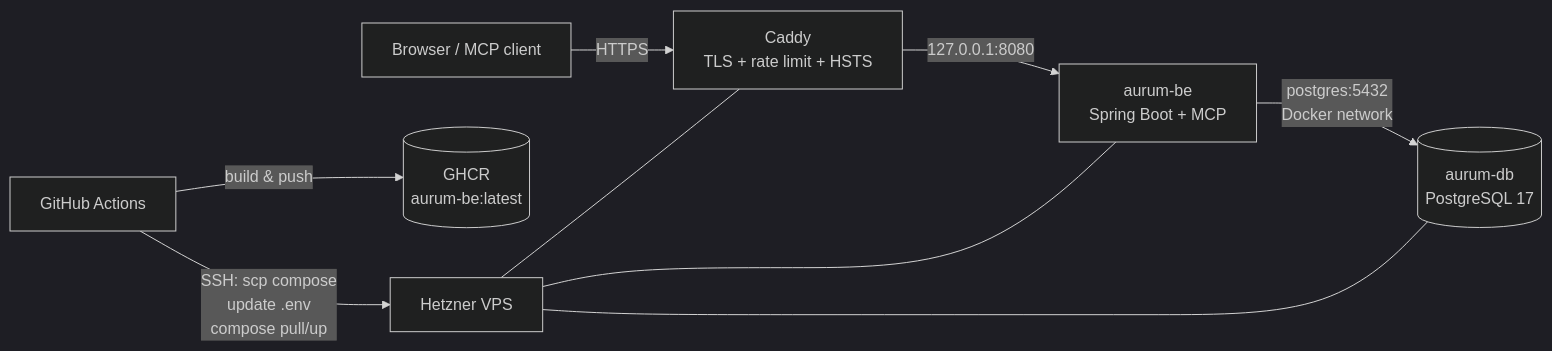
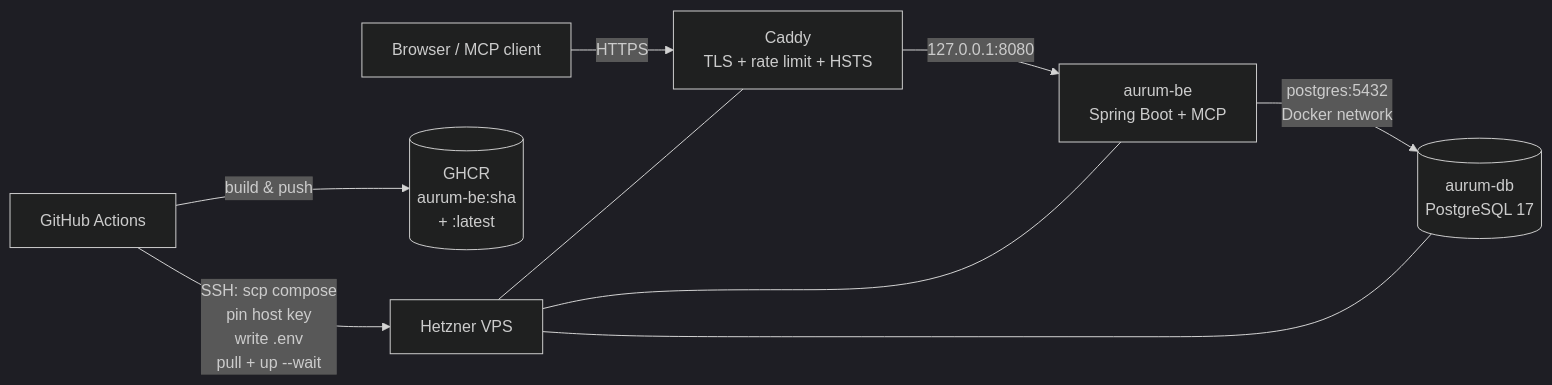
The diagram in docs/operations.md (Mxo01/Aurum), drawn with Mermaid (dark theme) before and after one commit. The commit also changed other lines of this file and 4 other files, not shown here.

````diff
--- a/docs/operations.md
+++ b/docs/operations.md
@@ -9,11 +9,11 @@
 ```mermaid
 flowchart LR
     U[Browser / MCP client] -->|HTTPS| C[Caddy<br/>TLS + rate limit + HSTS]
     C -->|127.0.0.1:8080| B[aurum-be<br/>Spring Boot + MCP]
     B -->|postgres:5432<br/>Docker network| D[(aurum-db<br/>PostgreSQL 17)]
-    G[GitHub Actions] -->|build & push| R[(GHCR<br/>aurum-be:latest)]
-    G -->|SSH: scp compose<br/>update .env<br/>compose pull/up| V[Hetzner VPS]
+    G[GitHub Actions] -->|build & push| R[(GHCR<br/>aurum-be:sha<br/>+ :latest)]
+    G -->|SSH: scp compose<br/>pin host key<br/>write .env<br/>pull + up --wait| V[Hetzner VPS]
     V --- C
     V --- B
     V --- D
 ```
````
